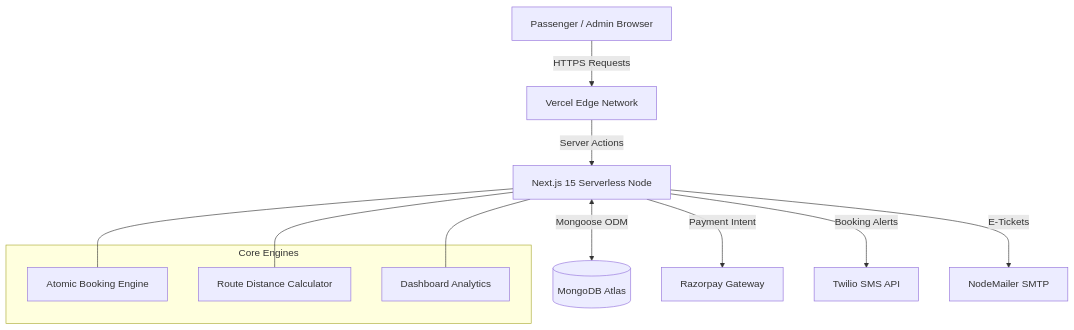
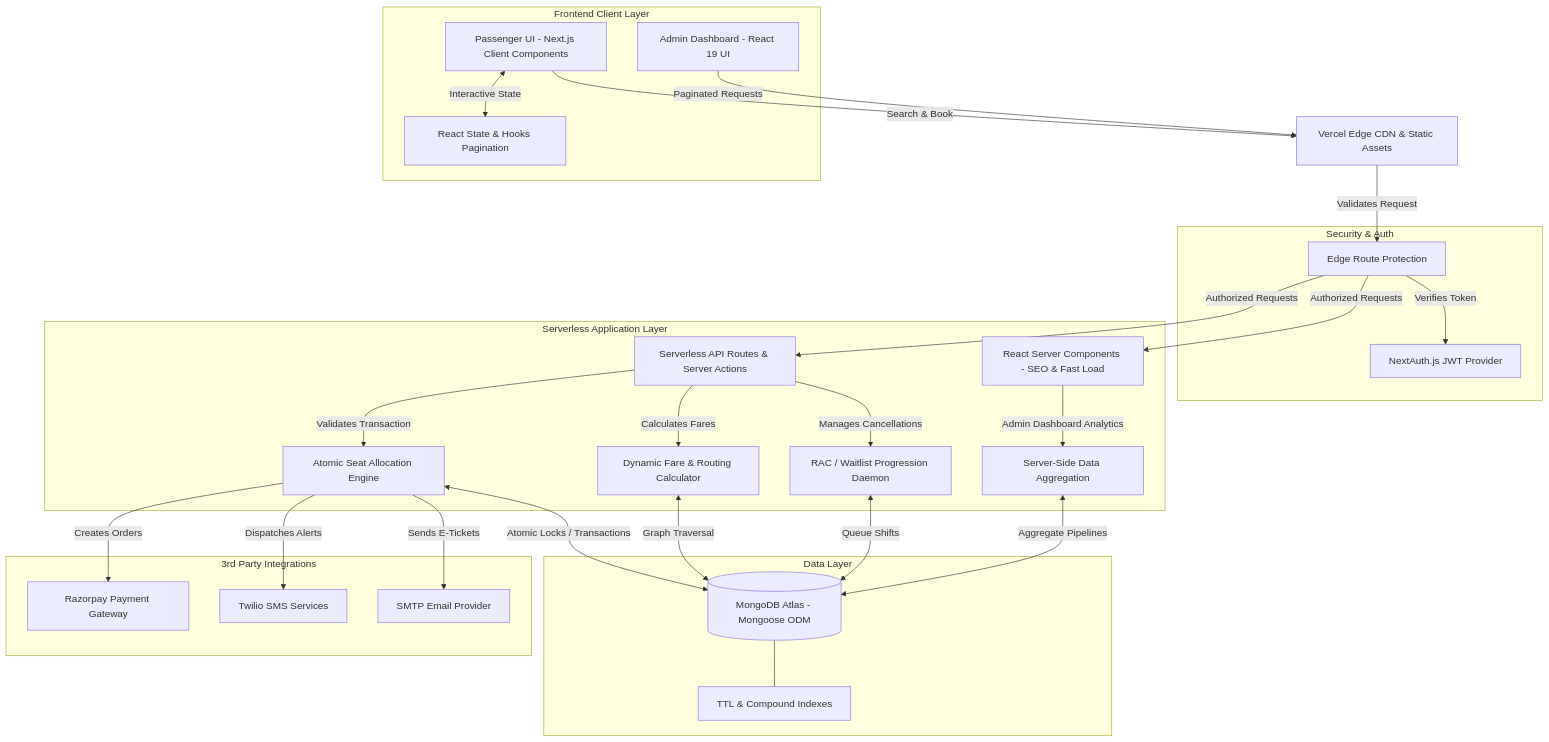
The first of 2 diagrams in README.md (yash-shende99/Ticket-Booking), drawn with Mermaid before and after one commit.

Commit message:
docs: Upgrade System Architecture diagram to enterprise-level detail

````diff
--- a/README.md
+++ b/README.md
@@ -48,31 +48,71 @@
 ```mermaid
 graph TD
-    %% Core Infrastructure
-    Client[Passenger / Admin Browser]
-    CDN[Vercel Edge Network]
-    Next[Next.js 15 Serverless Node]
-    DB[(MongoDB Atlas)]
+    %% Core Client Layer
+    subgraph Frontend Client Layer
+        Passenger[Passenger UI - Next.js Client Components]
+        AdminUI[Admin Dashboard - React 19 UI]
+        State[React State & Hooks Pagination]
+    end
+
+    %% Edge Network
+    CDN[Vercel Edge CDN & Static Assets]
+
+    %% Authentication Middleware Layer
+    subgraph Security & Auth
+        NextAuth[NextAuth.js JWT Provider]
+        Middleware[Edge Route Protection]
+    end
+
+    %% Core Application Server (Next.js 15)
+    subgraph Serverless Application Layer
+        RSC[React Server Components - SEO & Fast Load]
+        API[Serverless API Routes & Server Actions]
+        
+        %% Internal Engines
+        BookingEngine[Atomic Seat Allocation Engine]
+        DistanceEngine[Dynamic Fare & Routing Calculator]
+        RACEngine[RAC / Waitlist Progression Daemon]
+        ReportingEngine[Server-Side Data Aggregation]
+    end
+
+    %% Database & Persistence
+    subgraph Data Layer
+        DB[(MongoDB Atlas - Mongoose ODM)]
+        Indexes[TTL & Compound Indexes]
+    end
+
+    %% External Third-Party APIs
+    subgraph 3rd Party Integrations
+        Razorpay[Razorpay Payment Gateway]
+        Twilio[Twilio SMS Services]
+        Nodemailer[SMTP Email Provider]
+    end
+
+    %% Interaction Flow
+    Passenger <-->|Interactive State| State
+    Passenger -->|Search & Book| CDN
+    AdminUI -->|Paginated Requests| CDN
     
-    %% External Services
-    Razorpay[Razorpay Gateway]
-    Twilio[Twilio SMS API]
-    Email[NodeMailer SMTP]
+    CDN -->|Validates Request| Middleware
+    Middleware -->|Verifies Token| NextAuth
+    Middleware -->|Authorized Requests| RSC
+    Middleware -->|Authorized Requests| API
 
-    %% Flow
-    Client -->|HTTPS Requests| CDN
-    CDN -->|Server Actions| Next
-    Next <-->|Mongoose ODM| DB
-    Next -->|Payment Intent| Razorpay
-    Next -->|Booking Alerts| Twilio
-    Next -->|E-Tickets| Email
-    
-    subgraph Core Engines
-        Booking[Atomic Booking Engine]
-        Routing[Route Distance Calculator]
-        Admin[Dashboard Analytics]
-    end
-    
-    Next --- Booking
-    Next --- Routing
-    Next --- Admin
+    %% Engine execution
+    API -->|Validates Transaction| BookingEngine
+    API -->|Calculates Fares| DistanceEngine
+    API -->|Manages Cancellations| RACEngine
+    RSC -->|Admin Dashboard Analytics| ReportingEngine
+
+    %% Database Operations
+    BookingEngine <-->|Atomic Locks / Transactions| DB
+    DistanceEngine <-->|Graph Traversal| DB
+    RACEngine <-->|Queue Shifts| DB
+    ReportingEngine <-->|Aggregate Pipelines| DB
+    DB --- Indexes
+
+    %% Third Party Communications
+    BookingEngine -->|Creates Orders| Razorpay
+    BookingEngine -->|Dispatches Alerts| Twilio
+    BookingEngine -->|Sends E-Tickets| Nodemailer
 ```
````
